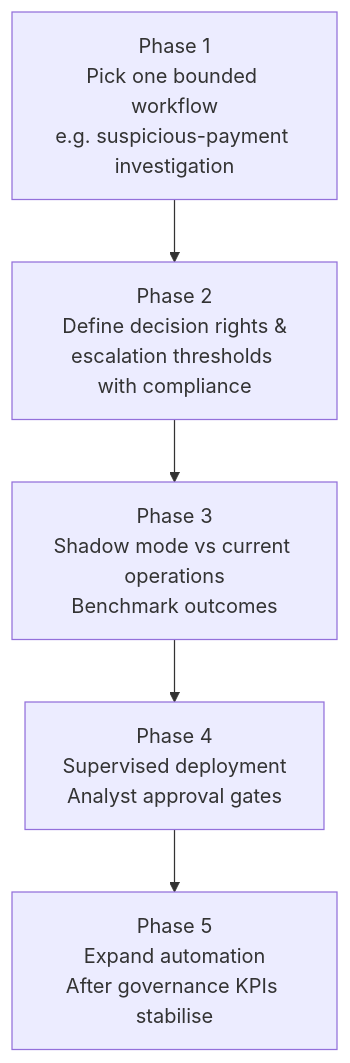
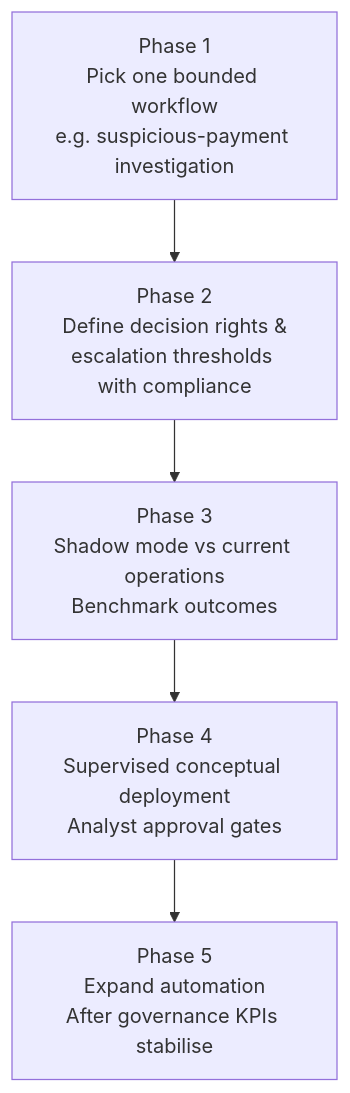
One commit to lorvexai/lorvexai changed the third of 3 diagrams in blog/ai-agents-in-banking-operations.md. Above: the diagram before and after it, drawn with Mermaid. The commit also changed other lines of this file and 54 other files, not shown here.

````diff
--- a/blog/ai-agents-in-banking-operations.md
+++ b/blog/ai-agents-in-banking-operations.md
@@ -145,8 +145,8 @@
 ```mermaid
 flowchart TD
   P1["Phase 1\nPick one bounded workflow\ne.g. suspicious-payment investigation"]
   --> P2["Phase 2\nDefine decision rights &\nescalation thresholds with compliance"]
   --> P3["Phase 3\nShadow mode vs current operations\nBenchmark outcomes"]
-  --> P4["Phase 4\nSupervised deployment\nAnalyst approval gates"]
+  --> P4["Phase 4\nSupervised conceptual deployment\nAnalyst approval gates"]
   --> P5["Phase 5\nExpand automation\nAfter governance KPIs stabilise"]
 ```
````
